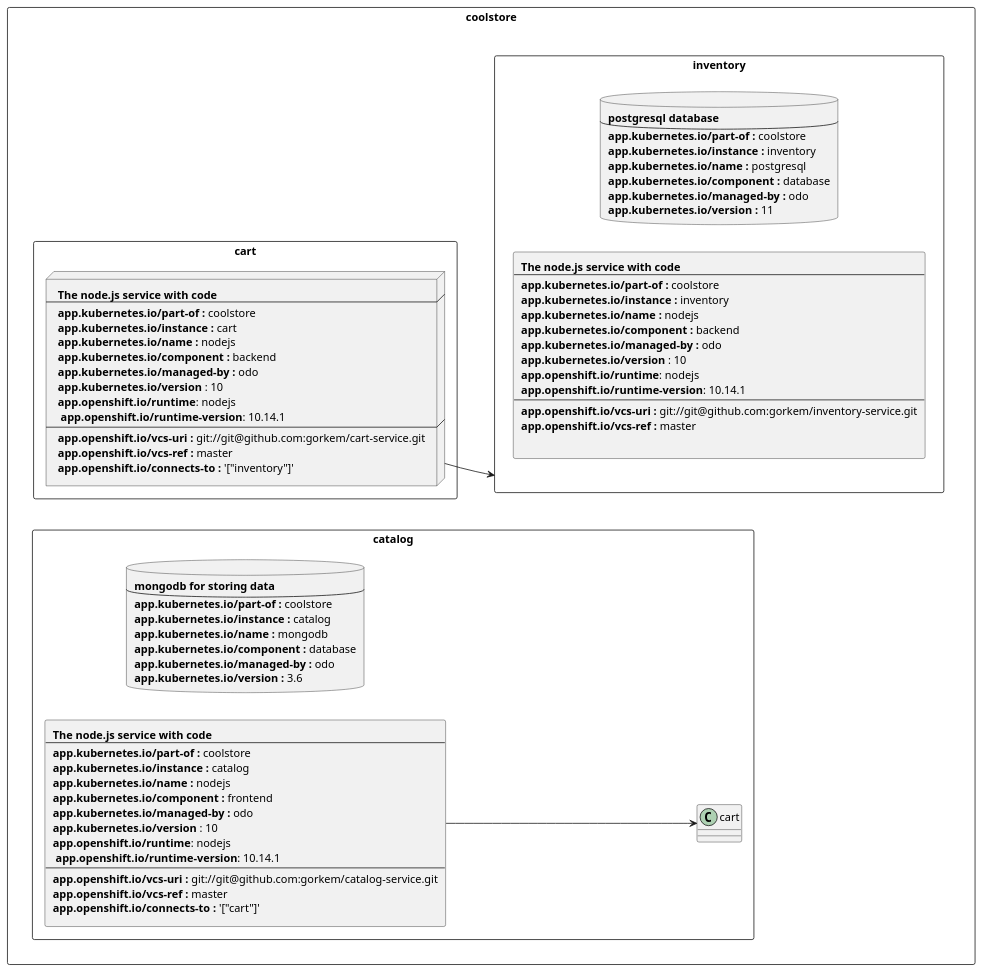
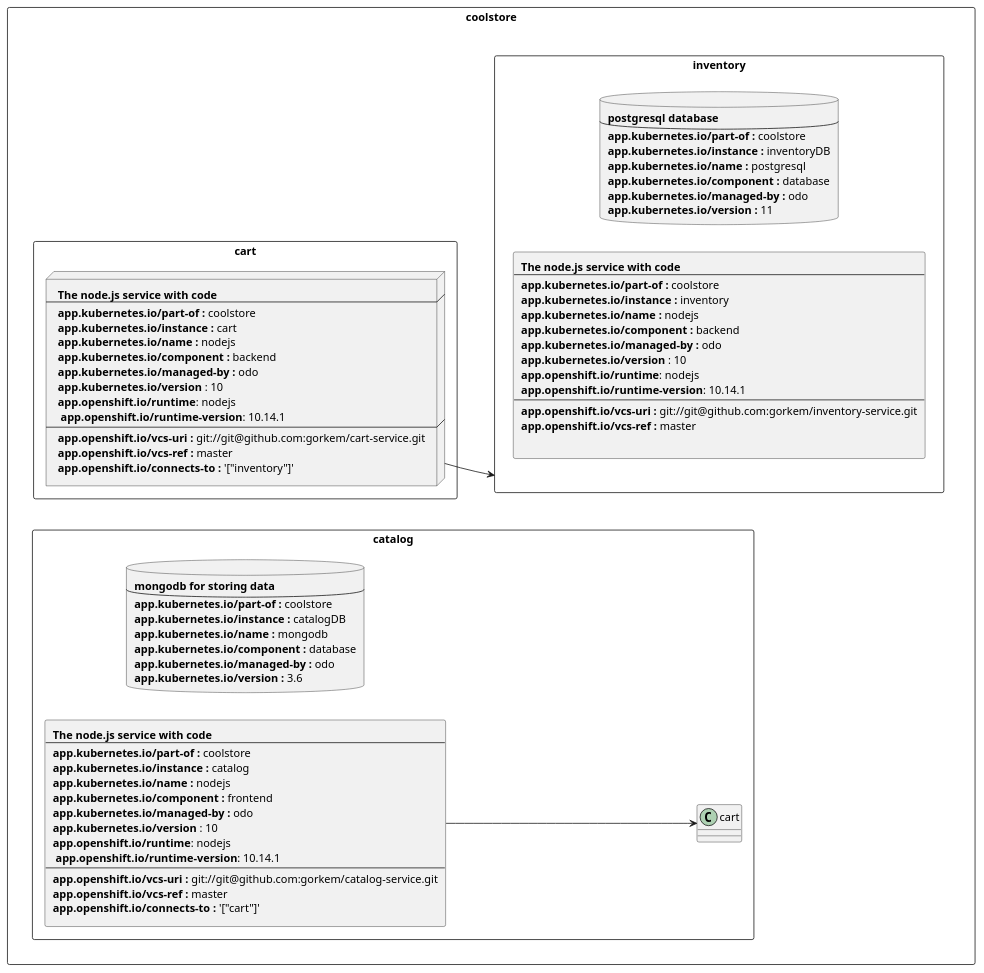
One commit to redhat-developer/app-labels changed the second of 2 diagrams in labels-annotation-for-openshift.adoc. Above: the diagram before and after it, drawn with PlantUML. The commit also changed other lines of this file, not shown here.

First line of the commit message:
Closer align `instance` to upstream usage

```diff
--- a/labels-annotation-for-openshift.adoc
+++ b/labels-annotation-for-openshift.adoc
@@ -178,7 +178,7 @@
                     <b>postgresql database
                     ----
                     <b>app.kubernetes.io/part-of :</b> coolstore
-                    <b>app.kubernetes.io/instance :</b> inventory
+                    <b>app.kubernetes.io/instance :</b> inventoryDB
                     <b>app.kubernetes.io/name :</b> postgresql
                     <b>app.kubernetes.io/component :</b> database
                     <b>app.kubernetes.io/managed-by :</b> odo
@@ -230,7 +230,7 @@
                     <b>mongodb for storing data
                     ----
                     <b>app.kubernetes.io/part-of :</b> coolstore
-                    <b>app.kubernetes.io/instance :</b> catalog
+                    <b>app.kubernetes.io/instance :</b> catalogDB
                     <b>app.kubernetes.io/name :</b> mongodb
                     <b>app.kubernetes.io/component :</b> database
                     <b>app.kubernetes.io/managed-by :</b> odo
```
